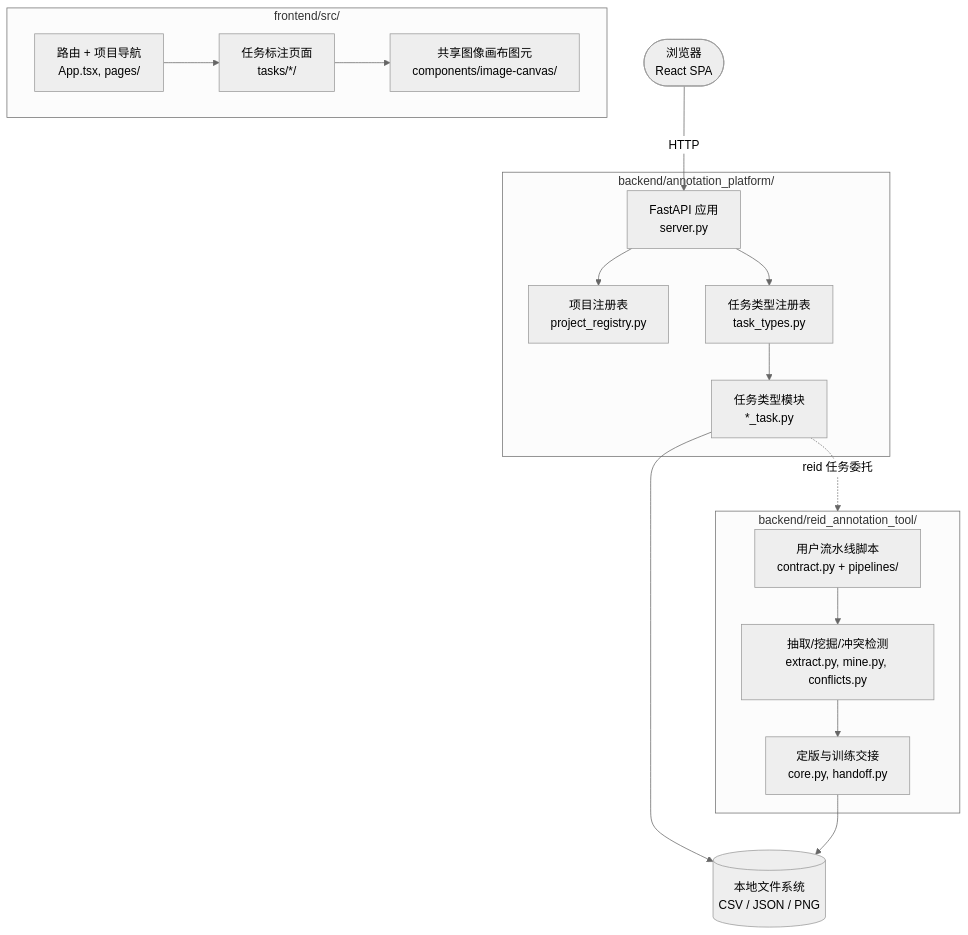
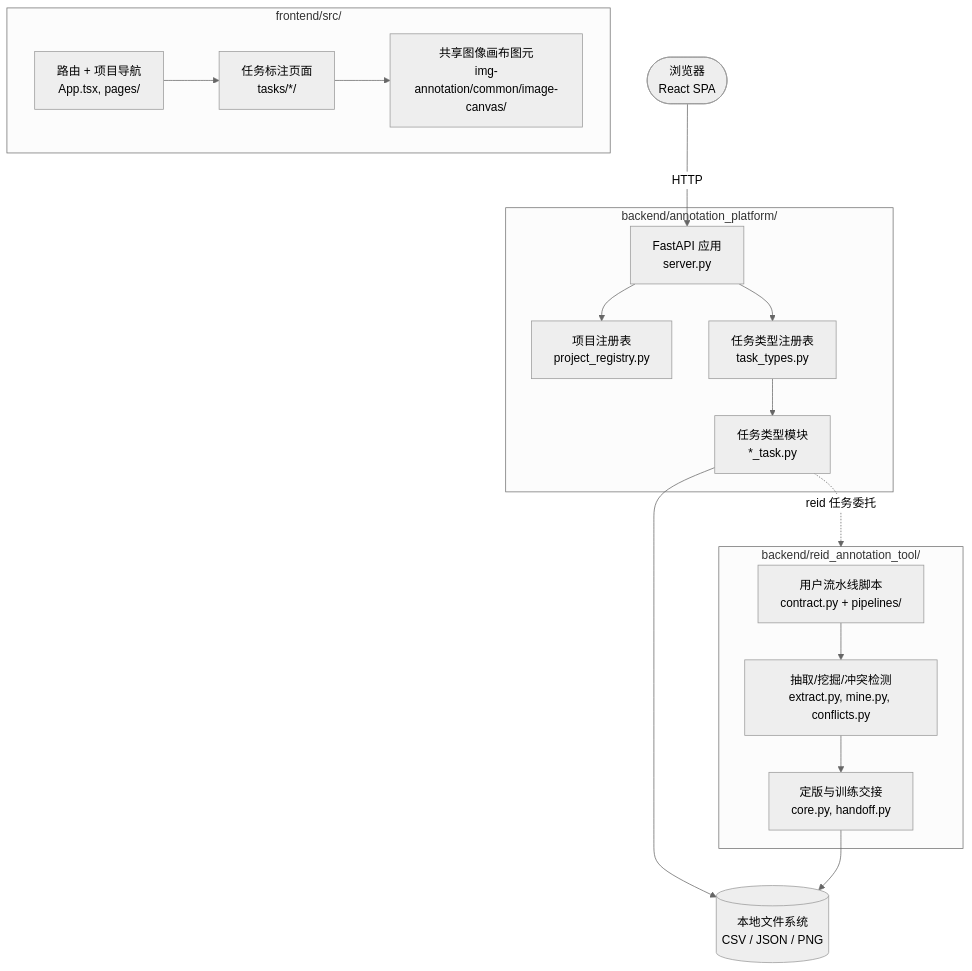
Before and after one commit to seagochen/annotation-toolkits: the diagram in docs/detailed_design/00_概述.md, drawn with Mermaid (neutral theme). The commit also changed other lines of this file and 126 other files, not shown here.

````diff
--- a/docs/detailed_design/00_概述.md
+++ b/docs/detailed_design/00_概述.md
@@ -101,31 +101,31 @@
 ```mermaid
 flowchart TD
     Browser(["浏览器<br/>React SPA"])
     subgraph Frontend["frontend/src/"]
         Router["路由 + 项目导航<br/>App.tsx, pages/"]
-        Canvas["共享图像画布图元<br/>components/image-canvas/"]
+        Canvas["共享图像画布图元<br/>img-annotation/common/image-canvas/"]
         Tasks["任务标注页面<br/>tasks/*/"]
         Router --> Tasks
         Tasks --> Canvas
     end
     subgraph Backend["backend/annotation_platform/"]
         API["FastAPI 应用<br/>server.py"]
         Registry["项目注册表<br/>project_registry.py"]
         Types["任务类型注册表<br/>task_types.py"]
         Modules["任务类型模块<br/>*_task.py"]
         API --> Registry
         API --> Types
         Types --> Modules
     end
     subgraph ReIDPkg["backend/reid_annotation_tool/"]
         Pipeline["用户流水线脚本<br/>contract.py + pipelines/"]
         Mine["抽取/挖掘/冲突检测<br/>extract.py, mine.py, conflicts.py"]
         Handoff["定版与训练交接<br/>core.py, handoff.py"]
     end
     Files[("本地文件系统<br/>CSV / JSON / PNG")]
 
     Browser -- "HTTP" --> API
     Modules --> Files
     Modules -. "reid 任务委托" .-> ReIDPkg
     Pipeline --> Mine --> Handoff --> Files
 ```
````
